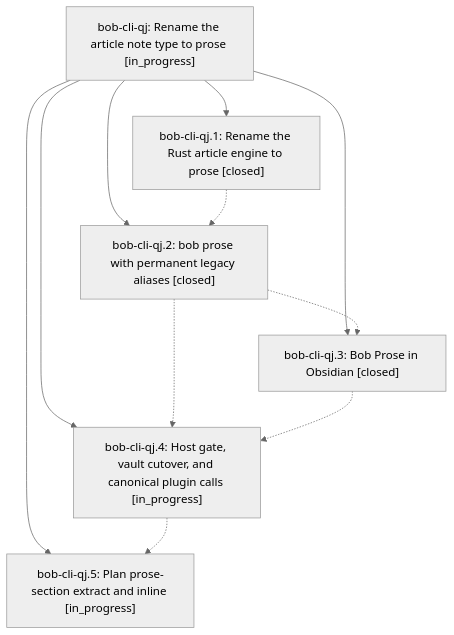
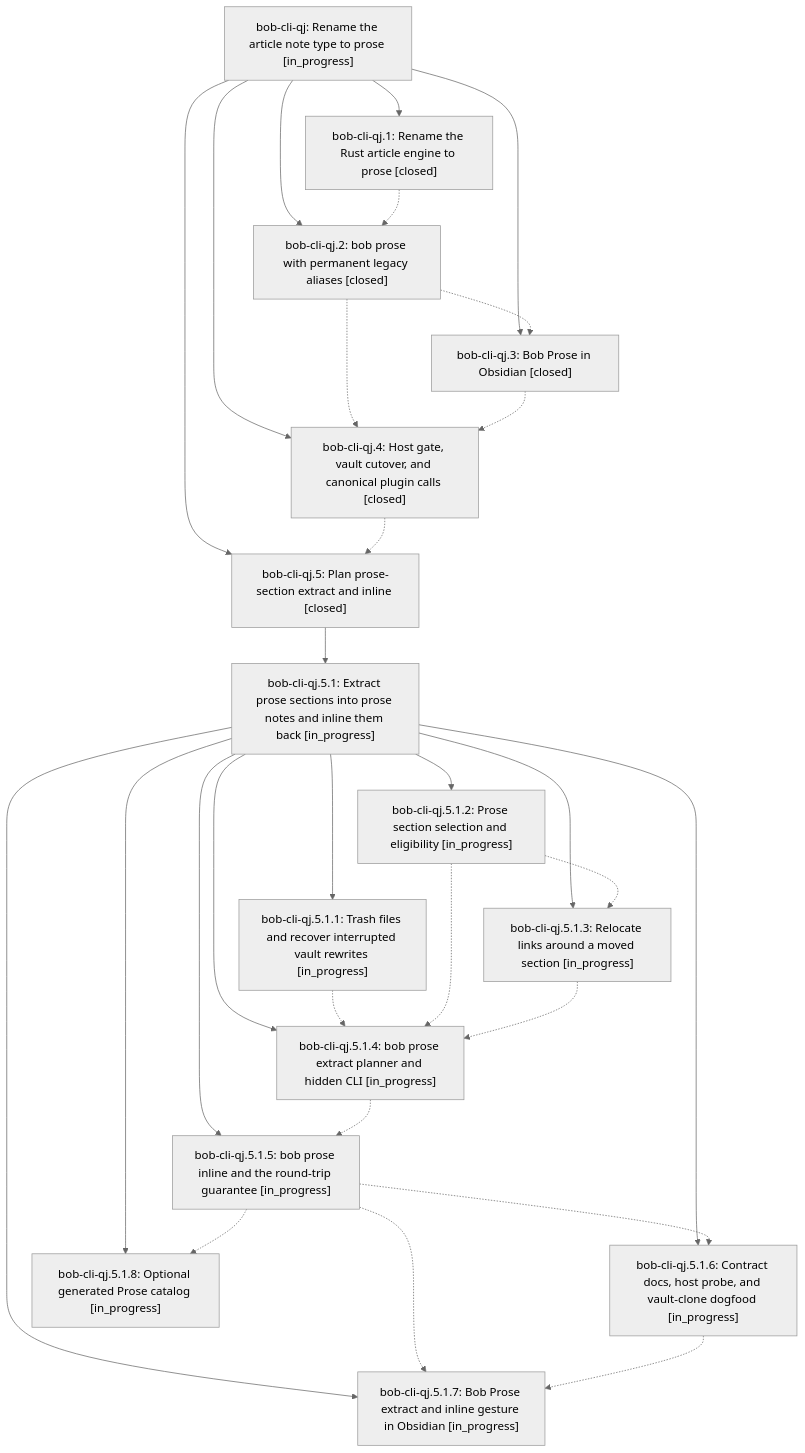
The diagram in pages/bob-cli-qj/README.md (bobs-org/bob-cli--beads), drawn with Mermaid (neutral theme) before and after one commit. The commit also changed other lines of this file and 13 other files, not shown here.

First line of the commit message:
chore(beads): sync bead state and pages for bob-cli-qj

````diff
--- a/pages/bob-cli-qj/README.md
+++ b/pages/bob-cli-qj/README.md
@@ -40,19 +40,46 @@
 ```mermaid
 flowchart TD
     n0["bob-cli-qj: Rename the article note type to prose [in_progress]"]
     n1["bob-cli-qj.1: Rename the Rust article engine to prose [closed]"]
     n2["bob-cli-qj.2: bob prose with permanent legacy aliases [closed]"]
     n3["bob-cli-qj.3: Bob Prose in Obsidian [closed]"]
-    n4["bob-cli-qj.4: Host gate, vault cutover, and canonical plugin calls [in_progress]"]
-    n5["bob-cli-qj.5: Plan prose-section extract and inline [in_progress]"]
+    n4["bob-cli-qj.4: Host gate, vault cutover, and canonical plugin calls [closed]"]
+    n5["bob-cli-qj.5: Plan prose-section extract and inline [closed]"]
+    n6["bob-cli-qj.5.1: Extract prose sections into prose notes and inline them back [in_progress]"]
+    n7["bob-cli-qj.5.1.1: Trash files and recover interrupted vault rewrites [in_progress]"]
+    n8["bob-cli-qj.5.1.2: Prose section selection and eligibility [in_progress]"]
+    n9["bob-cli-qj.5.1.3: Relocate links around a moved section [in_progress]"]
+    n10["bob-cli-qj.5.1.4: bob prose extract planner and hidden CLI [in_progress]"]
+    n11["bob-cli-qj.5.1.5: bob prose inline and the round-trip guarantee [in_progress]"]
+    n12["bob-cli-qj.5.1.6: Contract docs, host probe, and vault-clone dogfood [in_progress]"]
+    n13["bob-cli-qj.5.1.7: Bob Prose extract and inline gesture in Obsidian [in_progress]"]
+    n14["bob-cli-qj.5.1.8: Optional generated Prose catalog [in_progress]"]
     n0 --> n1
     n0 --> n2
     n0 --> n3
     n0 --> n4
     n0 --> n5
+    n5 --> n6
+    n6 --> n7
+    n6 --> n8
+    n6 --> n9
+    n6 --> n10
+    n6 --> n11
+    n6 --> n12
+    n6 --> n13
+    n6 --> n14
     n1 -.-> n2
     n2 -.-> n3
     n2 -.-> n4
     n3 -.-> n4
     n4 -.-> n5
+    n7 -.-> n10
+    n8 -.-> n9
+    n8 -.-> n10
+    n9 -.-> n10
+    n10 -.-> n11
+    n11 -.-> n12
+    n11 -.-> n13
+    n11 -.-> n14
+    n12 -.-> n13
 ```
````
